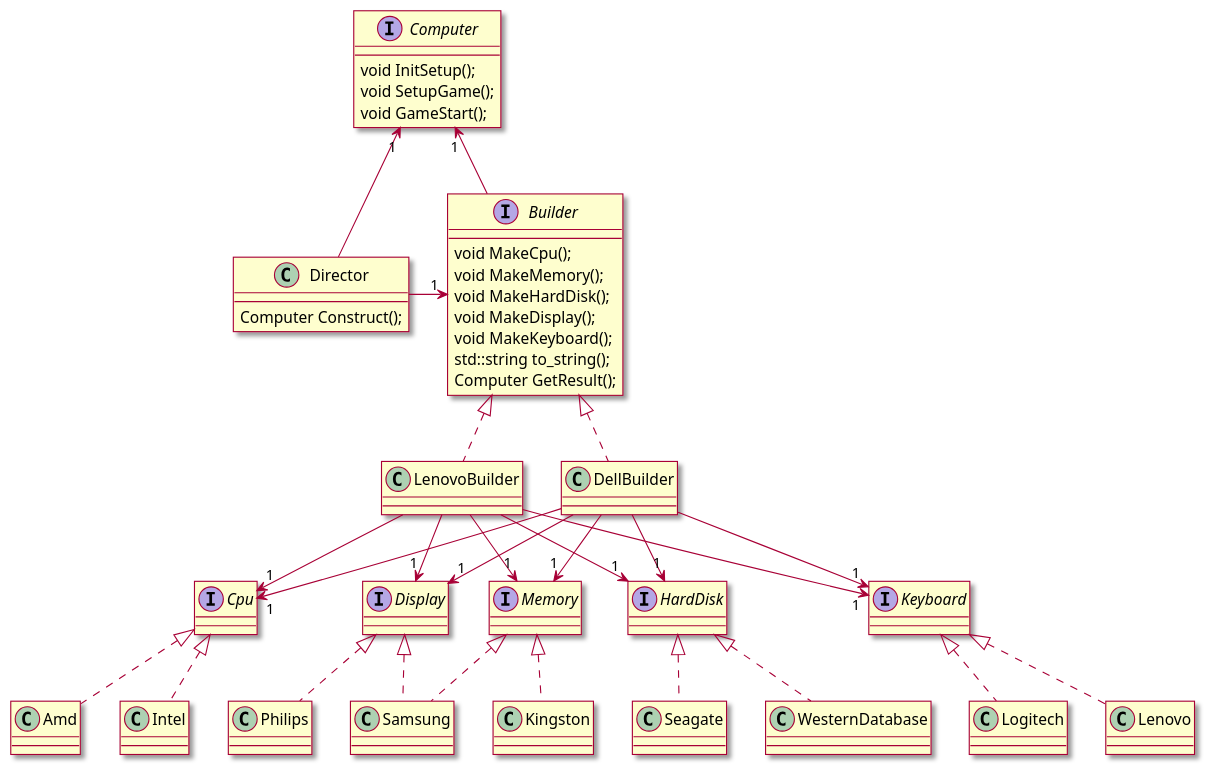
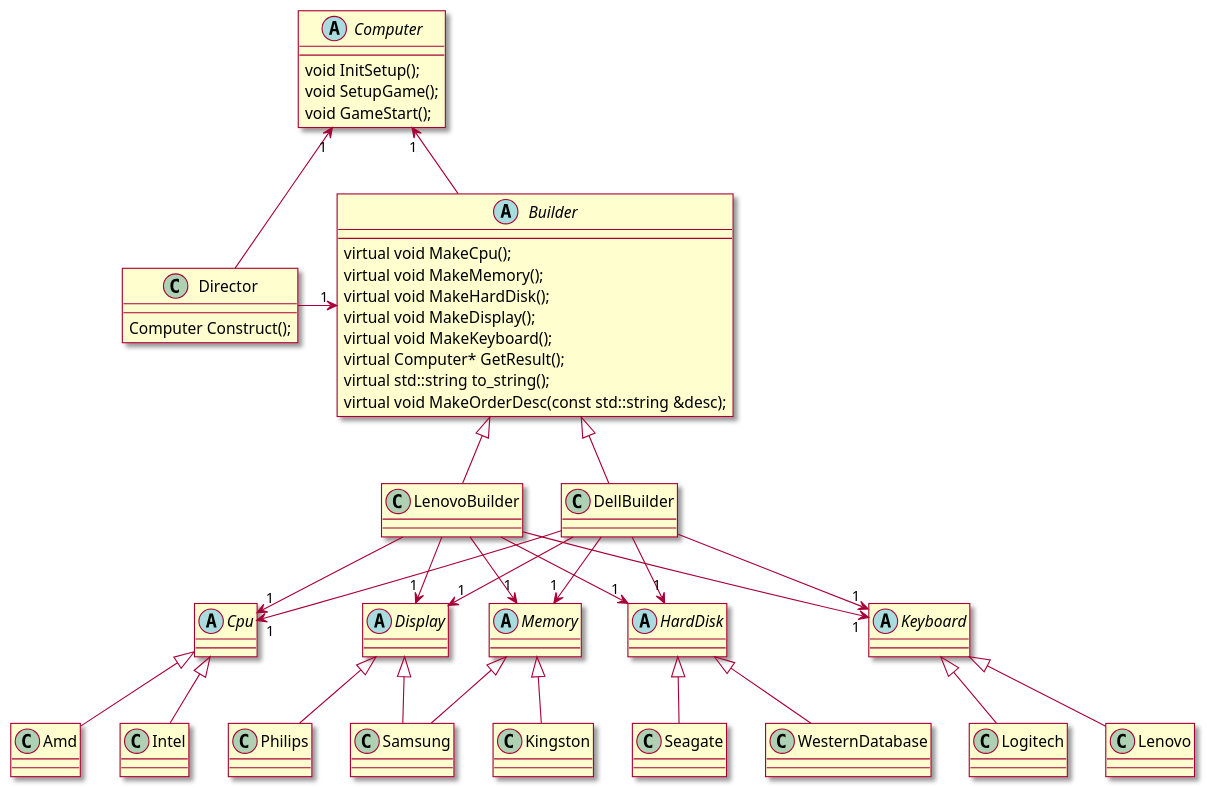
Before and after one commit to yanxueweicn/tdd_dev: the diagram in src/s2_logic_design_pattern/s1_design_pattern_create/BuilderClassDiagram.puml, drawn with PlantUML. The commit also changed 5 other files, not shown here.

```diff
--- a/src/s2_logic_design_pattern/s1_design_pattern_create/BuilderClassDiagram.puml
+++ b/src/s2_logic_design_pattern/s1_design_pattern_create/BuilderClassDiagram.puml
@@ -1,60 +1,61 @@
 @startuml
 skin rose
 
-interface Computer {
+abstract class Computer {
     void InitSetup();
     void SetupGame();
     void GameStart();
 }
-interface Builder {
-    void MakeCpu();
-    void MakeMemory();
-    void MakeHardDisk();
-    void MakeDisplay();
-    void MakeKeyboard();
-    std::string to_string();
-    Computer GetResult();
+abstract class Builder {
+    virtual void MakeCpu();
+    virtual void MakeMemory();
+    virtual void MakeHardDisk();
+    virtual void MakeDisplay();
+    virtual void MakeKeyboard();
+    virtual Computer* GetResult();
+    virtual std::string to_string();
+    virtual void MakeOrderDesc(const std::string &desc);
 }
 Builder -u-> "1" Computer
 
-class LenovoBuilder implements Builder
-class DellBuilder implements Builder
+class LenovoBuilder extends Builder
+class DellBuilder extends Builder
 class Director {
     Computer Construct();
 }
 Director -r-> "1" Builder
 Director -u-> "1" Computer
 
-interface Cpu
-class Intel implements Cpu
-class Amd implements Cpu
+abstract class Cpu
+class Intel extends Cpu
+class Amd extends Cpu
 
-interface Memory
-class Samsung implements Memory
-class Kingston implements Memory
+abstract class Memory
+class Samsung extends Memory
+class Kingston extends Memory
 
-interface HardDisk
-class WesternDatabase implements HardDisk
-class Seagate implements HardDisk
+abstract class HardDisk
+class WesternDatabase extends HardDisk
+class Seagate extends HardDisk
 
-interface Display
-class Samsung implements Display
-class Philips implements Display
+abstract class Display
+class Samsung extends Display
+class Philips extends Display
 
-interface Keyboard
-class Lenovo implements Keyboard
-class Logitech implements Keyboard
+abstract class Keyboard
+class Lenovo extends Keyboard
+class Logitech extends Keyboard
 
 LenovoBuilder --> "1" Cpu
 LenovoBuilder --> "1" Memory
 LenovoBuilder --> "1" HardDisk
 LenovoBuilder --> "1" Display
 LenovoBuilder --> "1" Keyboard
 
 DellBuilder --> "1" Cpu
 DellBuilder --> "1" Memory
 DellBuilder --> "1" HardDisk
 DellBuilder --> "1" Display
 DellBuilder --> "1" Keyboard
 
 @enduml
```
